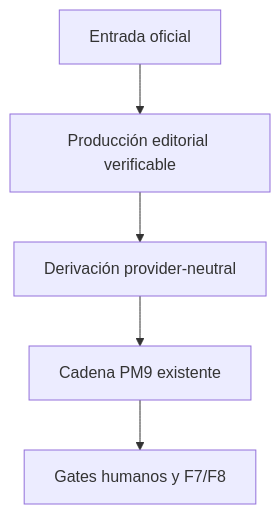
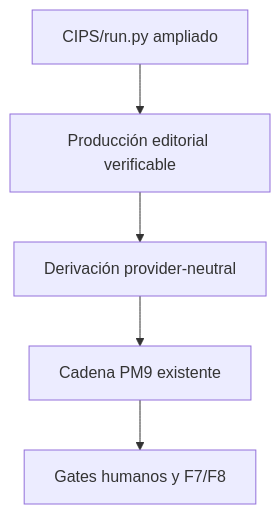
Before and after one commit to RayIA007/CIPS: the second of 2 diagrams in 90_SPECIFICATIONS/02_SYSTEMS/FAO_OPERATIONAL_CONTRACT_V1.md, drawn with Mermaid. The commit also changed other lines of this file and 2 other files, not shown here.

````diff
--- a/90_SPECIFICATIONS/02_SYSTEMS/FAO_OPERATIONAL_CONTRACT_V1.md
+++ b/90_SPECIFICATIONS/02_SYSTEMS/FAO_OPERATIONAL_CONTRACT_V1.md
@@ -71,7 +76,7 @@
 ```mermaid
 flowchart TD
-    I["Entrada oficial"] --> E["Producción editorial verificable"]
+    I["CIPS/run.py ampliado"] --> E["Producción editorial verificable"]
     E --> D["Derivación provider-neutral"]
     D --> P["Cadena PM9 existente"]
     P --> G["Gates humanos y F7/F8"]
 ```
````
